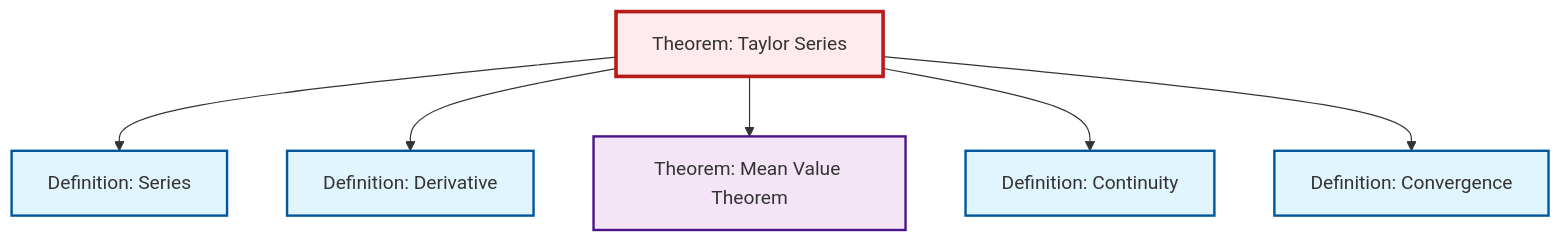
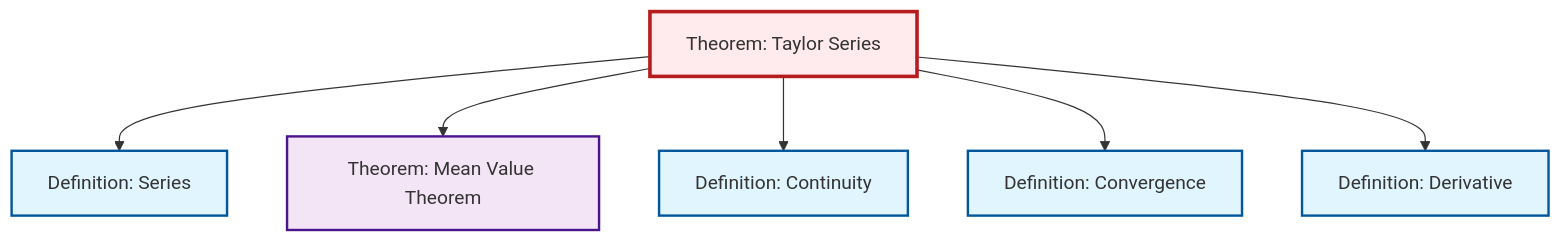
The diagram in content/en/analysis/thm-taylor-series.qmd (RK0429/ModernMath), drawn with Mermaid before and after one commit. The commit also changed other lines of this file and 619 other files, not shown here.

````diff
--- a/content/en/analysis/thm-taylor-series.qmd
+++ b/content/en/analysis/thm-taylor-series.qmd
@@ -107,26 +107,26 @@
 ```{mermaid}
 %%| fig-cap: "Local dependency graph"
 graph TD
     classDef definition fill:#e1f5fe,stroke:#01579b,stroke-width:2px
     classDef theorem fill:#f3e5f5,stroke:#4a148c,stroke-width:2px
     classDef axiom fill:#fff3e0,stroke:#e65100,stroke-width:2px
     classDef example fill:#e8f5e9,stroke:#1b5e20,stroke-width:2px
     classDef current fill:#ffebee,stroke:#b71c1c,stroke-width:3px
-    def-derivative["Definition: Derivative"]:::definition
+    thm-taylor-series["Theorem: Taylor Series"]:::theorem
+    def-convergence["Definition: Convergence"]:::definition
     def-series["Definition: Series"]:::definition
     thm-mean-value["Theorem: Mean Value Theorem"]:::theorem
-    thm-taylor-series["Theorem: Taylor Series"]:::theorem
-    def-convergence["Definition: Convergence"]:::definition
     def-continuity["Definition: Continuity"]:::definition
+    def-derivative["Definition: Derivative"]:::definition
     thm-taylor-series --> def-series
-    thm-taylor-series --> def-derivative
     thm-taylor-series --> thm-mean-value
     thm-taylor-series --> def-continuity
     thm-taylor-series --> def-convergence
+    thm-taylor-series --> def-derivative
     class thm-taylor-series current
-    click def-derivative "def-derivative.html" "Go to Derivative definition"
+    click def-convergence "def-convergence.html" "Go to Convergence definition"
     click def-series "def-series.html" "Go to Series definition"
     click thm-mean-value "thm-mean-value.html" "Go to Mean Value Theorem theorem"
-    click def-convergence "def-convergence.html" "Go to Convergence definition"
     click def-continuity "def-continuity.html" "Go to Continuity definition"
+    click def-derivative "def-derivative.html" "Go to Derivative definition"
 ```
````
